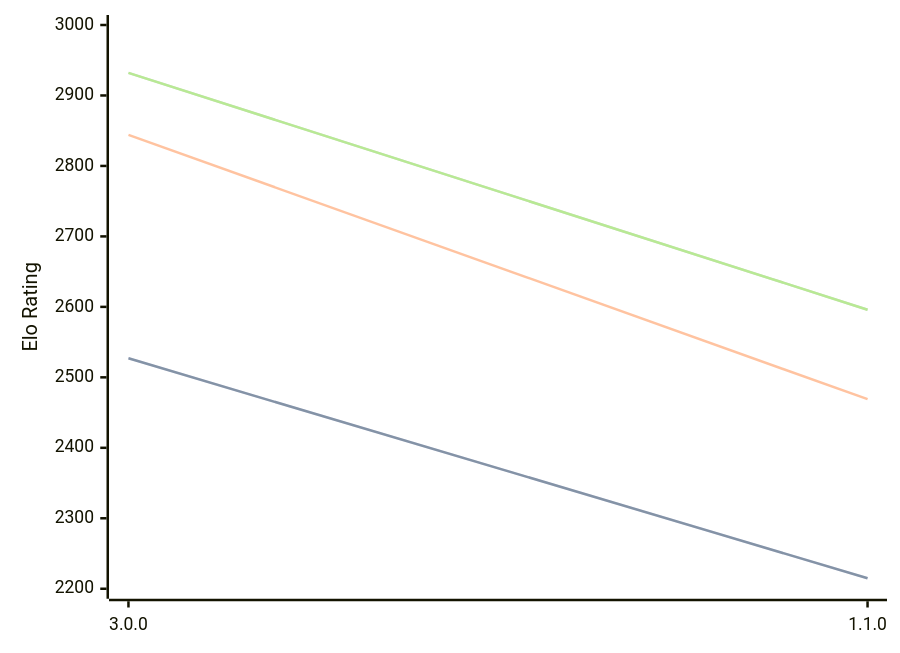
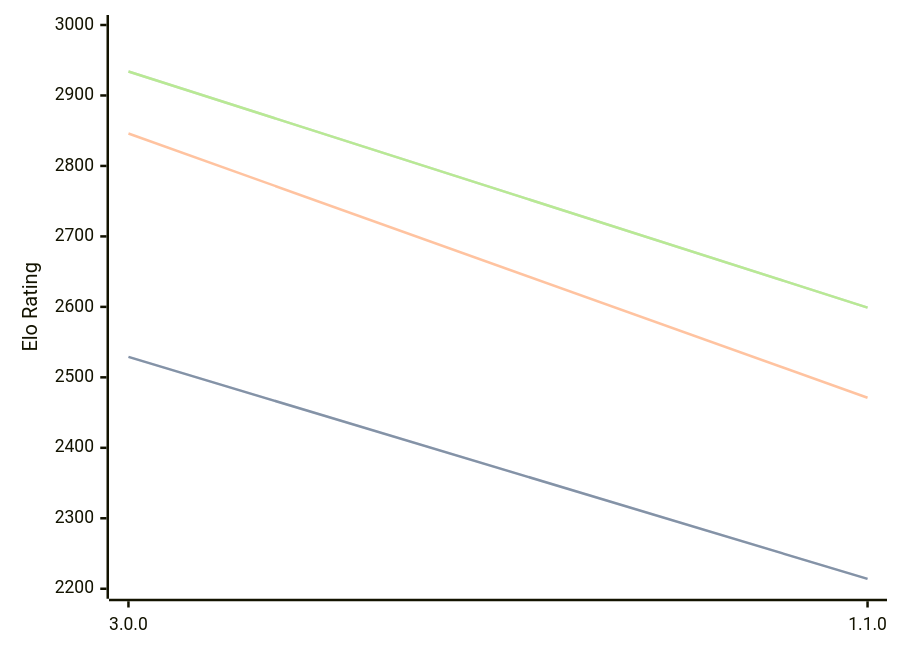
One commit to computer-chess-index/cci changed the third of 3 diagrams in engines/Potential.md. Above: the diagram before and after it, drawn with Mermaid. The commit also changed other lines of this file, not shown here.

Commit message:
Update CCI Ratings (ELO VLTC) - 2026-06-30

````diff
--- a/engines/Potential.md
+++ b/engines/Potential.md
@@ -67,11 +67,11 @@
 ```mermaid
 %%{init: {"theme":"base","themeVariables":{"seriesColors:['#a3a3a3','#222221','#faa371']}}}%%
 xychart-beta
   x-axis ["3.0.0", "1.1.0"]
   y-axis "Elo Rating" 2200 --> 3000
-  line "STC (8.0+0.08s)" [2527, 2215]
-  line "STC (8.0+0.08s)" [2527, 2215]
-  line "LTC (60.0+0.60s)" [2844, 2469]
-  line "VLTC (2m24s+1.12s)" [2932, 2596]
-  line "VLTC (2m24s+1.12s)" [2932, 2596]
+  line "STC (8.0+0.08s)" [2529, 2214]
+  line "STC (8.0+0.08s)" [2529, 2214]
+  line "LTC (60.0+0.60s)" [2846, 2471]
+  line "VLTC (2m24s+1.12s)" [2934, 2599]
+  line "VLTC (2m24s+1.12s)" [2934, 2599]
 ```
````
